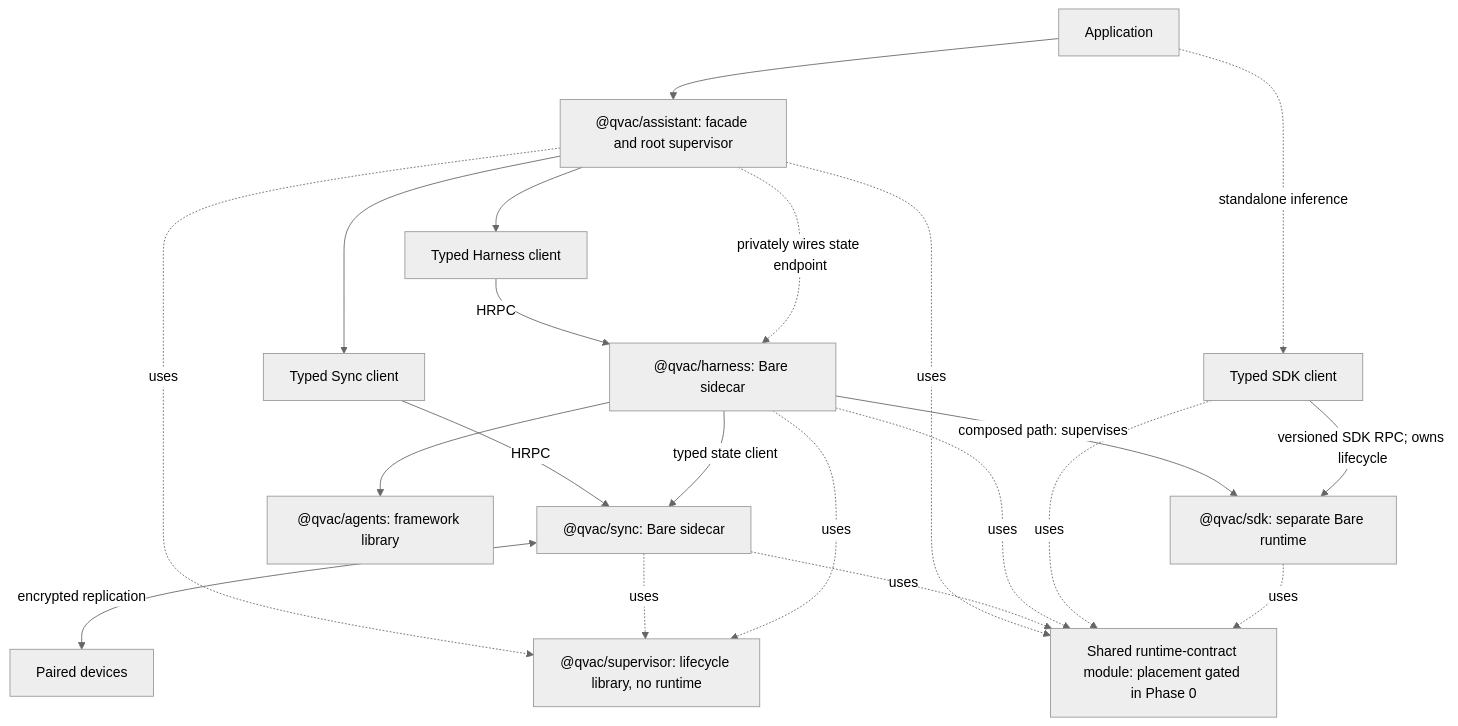
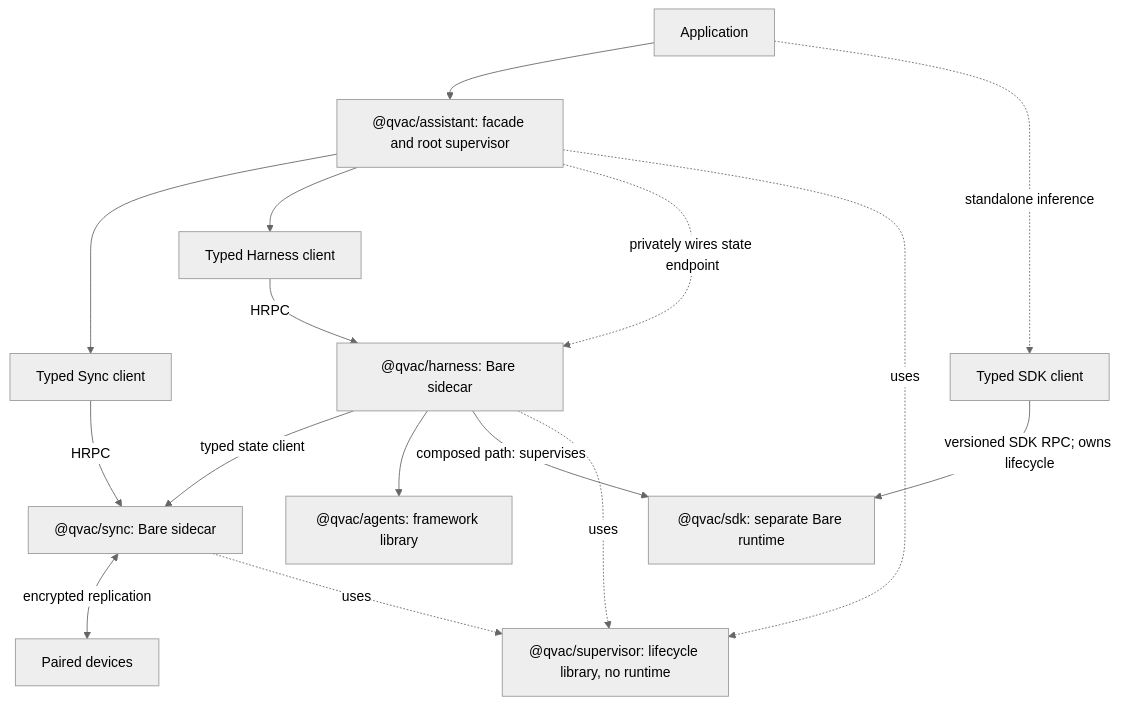
The diagram in arch/qips/agentic-sdk-p2p-layering.md (tetherto/qvac), drawn with Mermaid (neutral theme) before and after one commit. The commit also changed other lines of this file and 44 other files, not shown here.

Commit message:
refactor: localize composable runtime contracts

````diff
--- a/arch/qips/agentic-sdk-p2p-layering.md
+++ b/arch/qips/agentic-sdk-p2p-layering.md
@@ -46,36 +46,30 @@
 ```mermaid
 flowchart TB
   app["Application"]
   assistant["@qvac/assistant: facade and root supervisor"]
   syncClient["Typed Sync client"]
   harnessClient["Typed Harness client"]
   syncSidecar["@qvac/sync: Bare sidecar"]
   harnessSidecar["@qvac/harness: Bare sidecar"]
   agents["@qvac/agents: framework library"]
   sdkClient["Typed SDK client"]
   sdkRuntime["@qvac/sdk: separate Bare runtime"]
   supervisor["@qvac/supervisor: lifecycle library, no runtime"]
-  contracts["Shared runtime-contract module: placement gated in Phase 0"]
   peers["Paired devices"]
 
   app --> assistant
   assistant --> syncClient
   assistant --> harnessClient
   syncClient -->|"HRPC"| syncSidecar
   harnessClient -->|"HRPC"| harnessSidecar
   assistant -.->|"privately wires state endpoint"| harnessSidecar
   harnessSidecar -->|"typed state client"| syncSidecar
   harnessSidecar --> agents
   harnessSidecar -->|"composed path: supervises"| sdkRuntime
   app -.->|"standalone inference"| sdkClient
   sdkClient -->|"versioned SDK RPC; owns lifecycle"| sdkRuntime
   syncSidecar <-->|"encrypted replication"| peers
   assistant -.->|"uses"| supervisor
   syncSidecar -.->|"uses"| supervisor
   harnessSidecar -.->|"uses"| supervisor
-  assistant -.->|"uses"| contracts
-  syncSidecar -.->|"uses"| contracts
-  harnessSidecar -.->|"uses"| contracts
-  sdkClient -.->|"uses"| contracts
-  sdkRuntime -.->|"uses"| contracts
 ```
````
